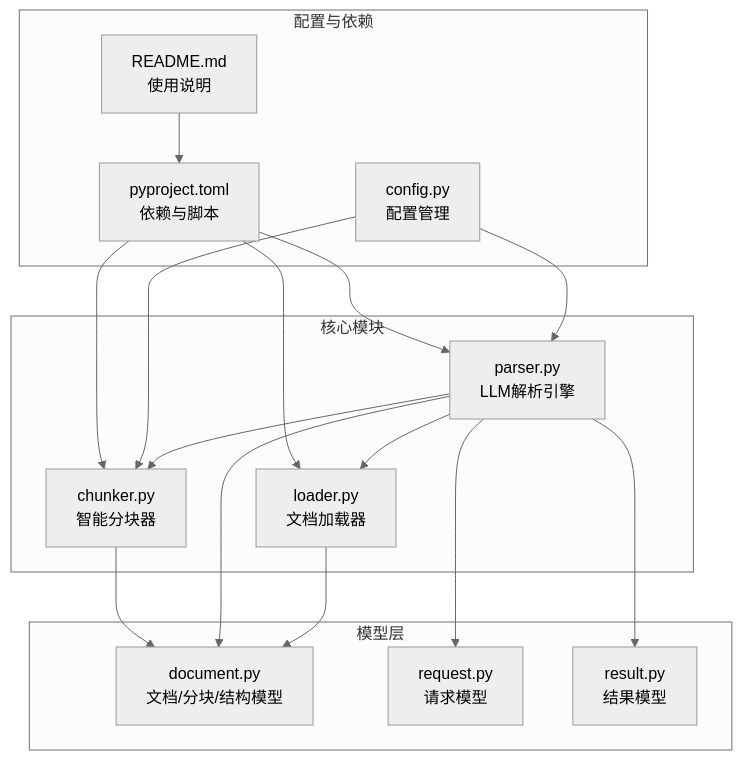
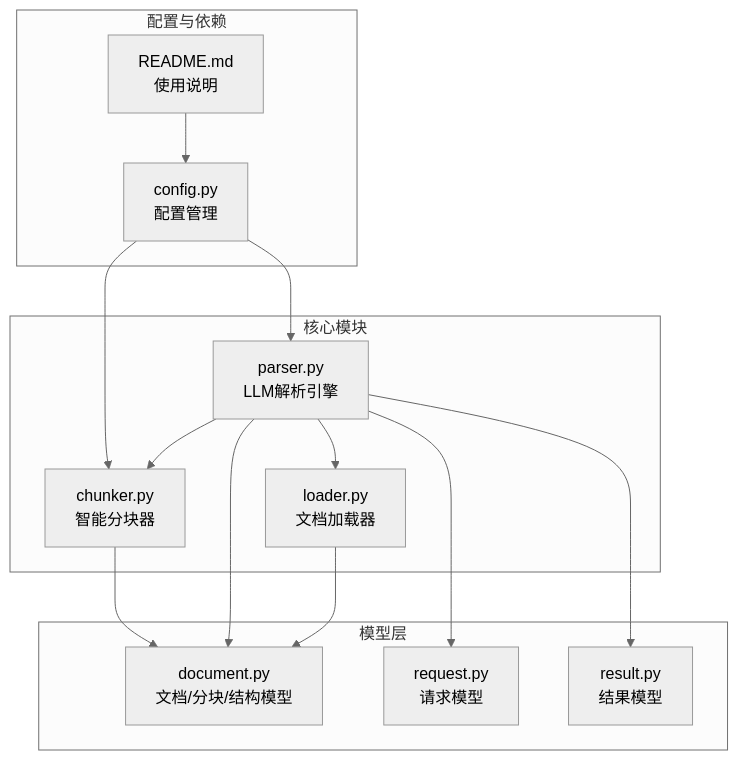
One commit to wowzhangji/doc_ai_parser changed the first of 3 diagrams in .qoder/repowiki/zh/content/文档处理模块/文档加载器.md. Above: the diagram before and after it, drawn with Mermaid (neutral theme). The commit also changed other lines of this file and 25 other files, not shown here.

````diff
--- a/.qoder/repowiki/zh/content/文档处理模块/文档加载器.md
+++ b/.qoder/repowiki/zh/content/文档处理模块/文档加载器.md
@@ -35,31 +44,27 @@
 ```mermaid
 graph TB
 subgraph "核心模块"
 L["loader.py<br/>文档加载器"]
 C["chunker.py<br/>智能分块器"]
 P["parser.py<br/>LLM解析引擎"]
 end
 subgraph "模型层"
 D["document.py<br/>文档/分块/结构模型"]
 RQ["request.py<br/>请求模型"]
 RS["result.py<br/>结果模型"]
 end
 subgraph "配置与依赖"
 CFG["config.py<br/>配置管理"]
-PY["pyproject.toml<br/>依赖与脚本"]
 RD["README.md<br/>使用说明"]
 end
 L --> D
 P --> L
 P --> C
 P --> D
 P --> RQ
 P --> RS
 C --> D
 CFG --> P
 CFG --> C
-PY --> L
-PY --> C
-PY --> P
-RD --> PY
+RD --> CFG
 ```
````
